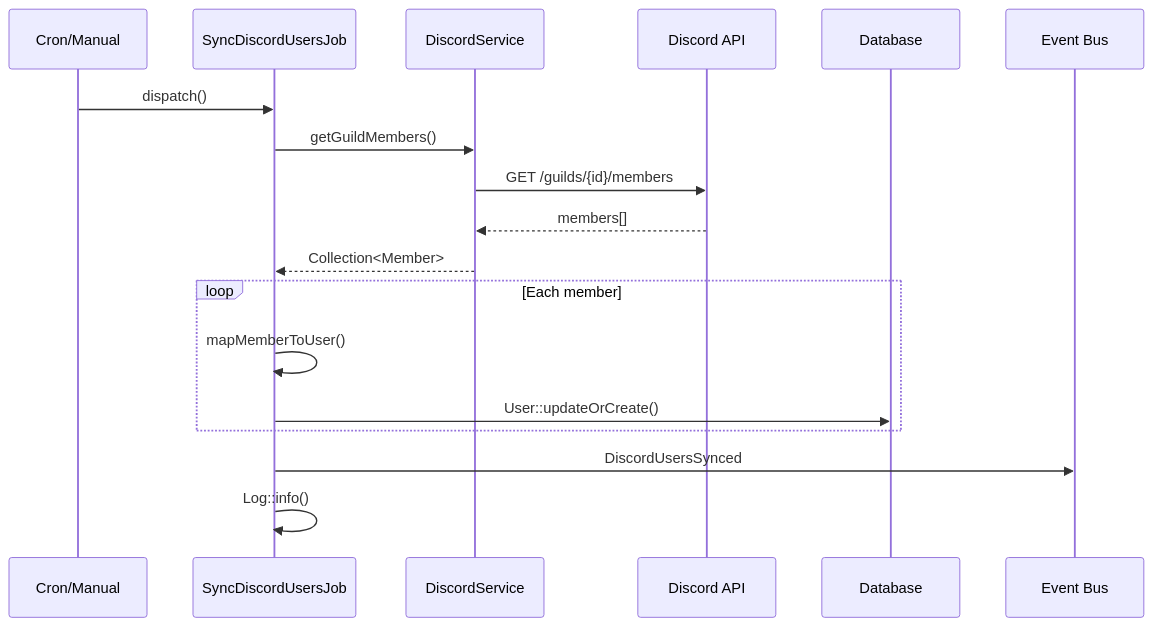
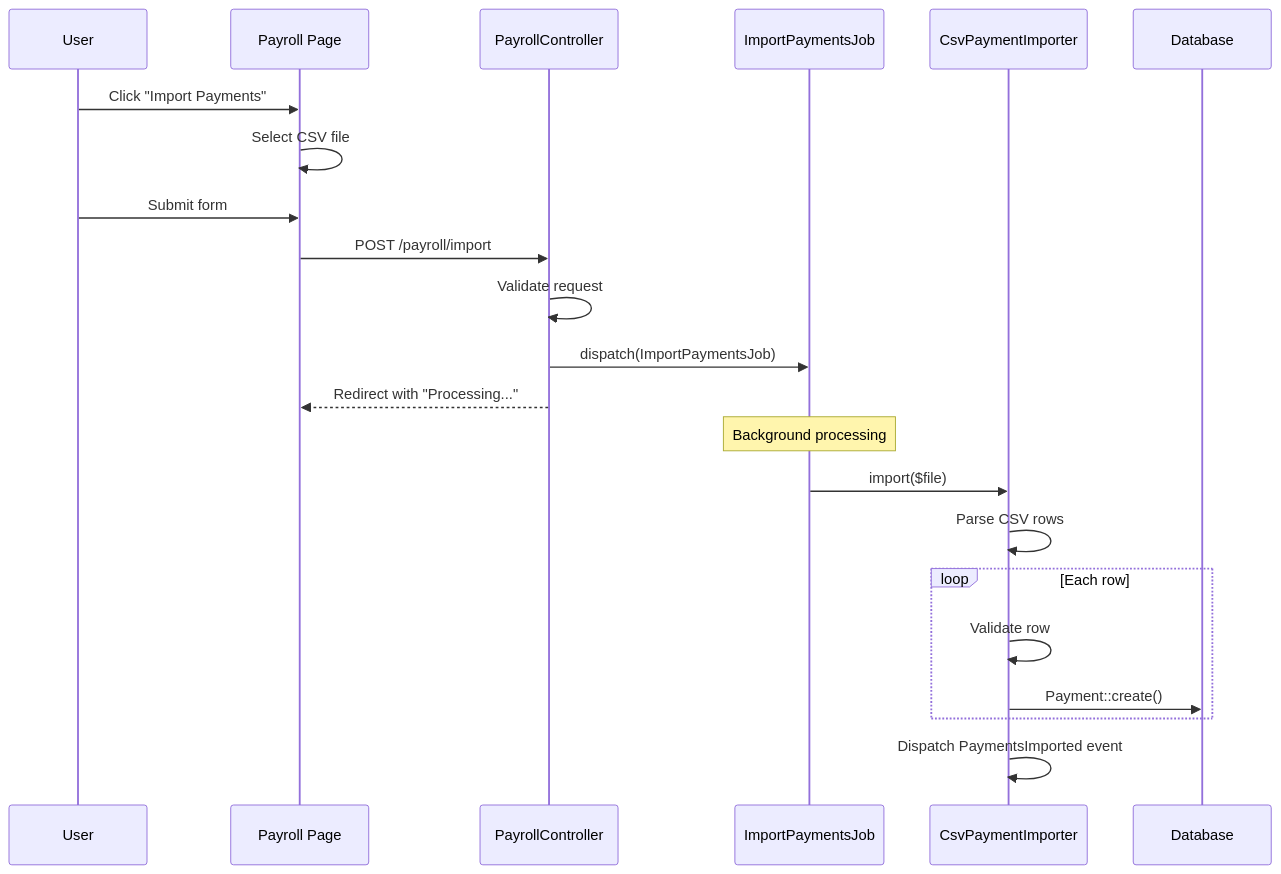
The diagram in src/aidocs_cli/templates/workflows/flow/workflow.md (BinarCode/aidocs-cli), drawn with Mermaid before and after one commit. The commit also changed other lines of this file and 1 other file, not shown here.

First line of the commit message:
feat: add optional UI screenshots to /docs:flow

````diff
--- a/src/aidocs_cli/templates/workflows/flow/workflow.md
+++ b/src/aidocs_cli/templates/workflows/flow/workflow.md
@@ -266,23 +301,26 @@
 ```mermaid
 sequenceDiagram
-    participant Trigger as Cron/Manual
-    participant Job as SyncDiscordUsersJob
-    participant Service as DiscordService
-    participant API as Discord API
+    participant User
+    participant UI as Payroll Page
+    participant Controller as PayrollController
+    participant Job as ImportPaymentsJob
+    participant Service as CsvPaymentImporter
     participant DB as Database
-    participant Event as Event Bus
 
-    Trigger->>Job: dispatch()
-    Job->>Service: getGuildMembers()
-    Service->>API: GET /guilds/{id}/members
-    API-->>Service: members[]
-    Service-->>Job: Collection<Member>
+    User->>UI: Click "Import Payments"
+    UI->>UI: Select CSV file
+    User->>UI: Submit form
+    UI->>Controller: POST /payroll/import
+    Controller->>Controller: Validate request
+    Controller->>Job: dispatch(ImportPaymentsJob)
+    Controller-->>UI: Redirect with "Processing..."
 
-    loop Each member
-        Job->>Job: mapMemberToUser()
-        Job->>DB: User::updateOrCreate()
+    Note over Job: Background processing
+    Job->>Service: import($file)
+    Service->>Service: Parse CSV rows
+    loop Each row
+        Service->>Service: Validate row
+        Service->>DB: Payment::create()
     end
-
-    Job->>Event: DiscordUsersSynced
-    Job->>Job: Log::info()
+    Service->>Service: Dispatch PaymentsImported event
 ```
````
